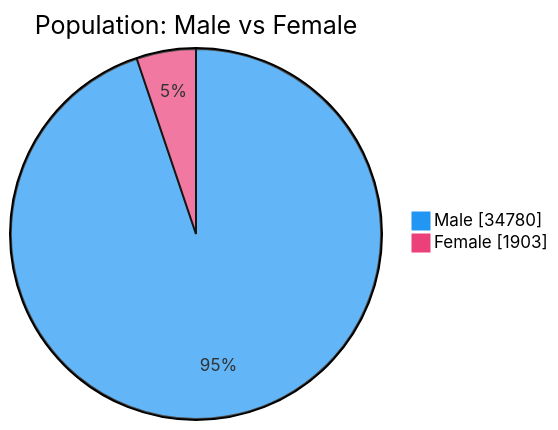
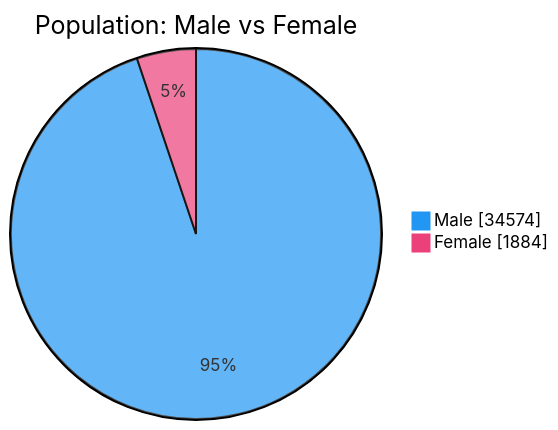
The second of 7 diagrams in README.md (nuuuwan/lk_prisons), drawn with Mermaid before and after one commit. The commit also changed other lines of this file and 1 other file, not shown here.

````diff
--- a/README.md
+++ b/README.md
@@ -54,6 +54,6 @@
 ```mermaid
 %%{init: {'themeVariables': {'pie1': '#2196F3', 'pie2': '#EC407A'}}}%%
 pie showData title Population: Male vs Female
-    "Male" : 34780
-    "Female" : 1903
+    "Male" : 34574
+    "Female" : 1884
 ```
````
